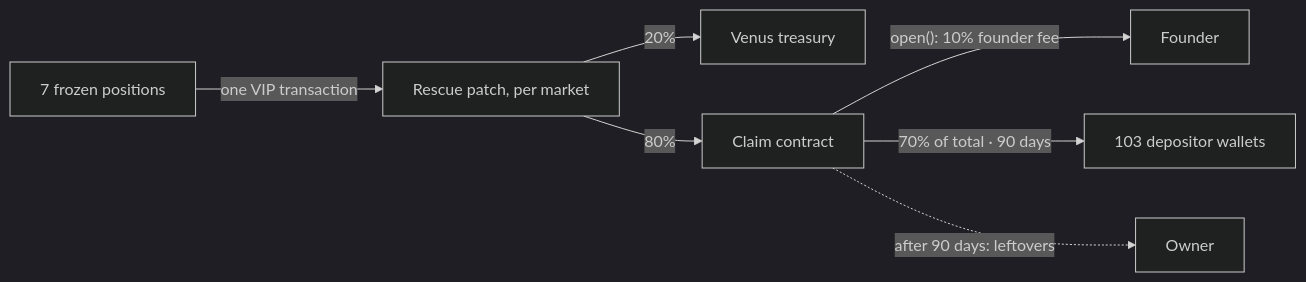
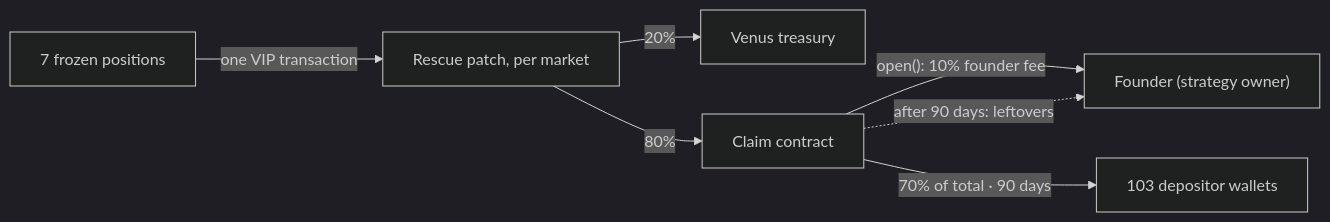
Before and after one commit to Lefgk/rake-venus-proposal-short: the second of 2 diagrams in PROPOSAL.md, drawn with Mermaid (dark theme).

Commit message:
Diagram: founder and owner are one wallet

````diff
--- a/PROPOSAL.md
+++ b/PROPOSAL.md
@@ -47,9 +47,9 @@
 ```mermaid
 flowchart LR
     F["7 frozen positions"] -->|"one VIP transaction"| P["Rescue patch, per market"]
     P -->|"20%"| V["Venus treasury"]
     P -->|"80%"| C["Claim contract"]
-    C -->|"open(): 10% founder fee"| O["Founder"]
+    C -->|"open(): 10% founder fee"| O["Founder (strategy owner)"]
     C -->|"70% of total · 90 days"| D["103 depositor wallets"]
-    C -.->|"after 90 days: leftovers"| W["Owner"]
+    C -.->|"after 90 days: leftovers"| O
 ```
````
